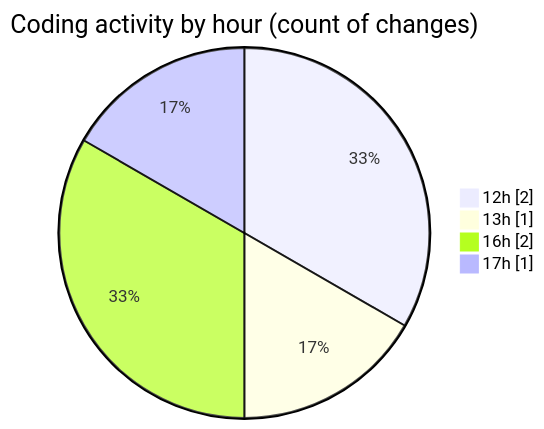
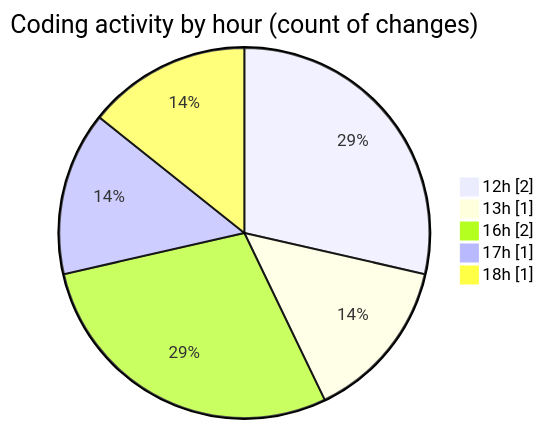
Before and after one commit to ricardozamudiocil/code-tracking: the second of 2 diagrams in 2026-03-02/cilapp/README.md, drawn with Mermaid. The commit also changed other lines of this file and 1 other file, not shown here.

````diff
--- a/2026-03-02/cilapp/README.md
+++ b/2026-03-02/cilapp/README.md
@@ -30,8 +31,9 @@
 ```mermaid
 pie showData
 title Coding activity by hour (count of changes)
 "12h" : 2
 "13h" : 1
 "16h" : 2
 "17h" : 1
+"18h" : 1
 ```
````
